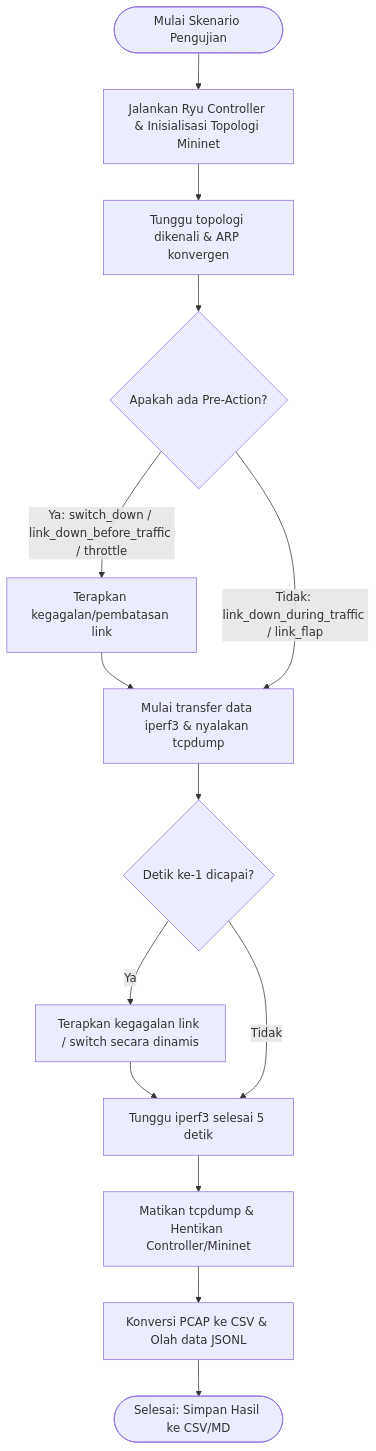
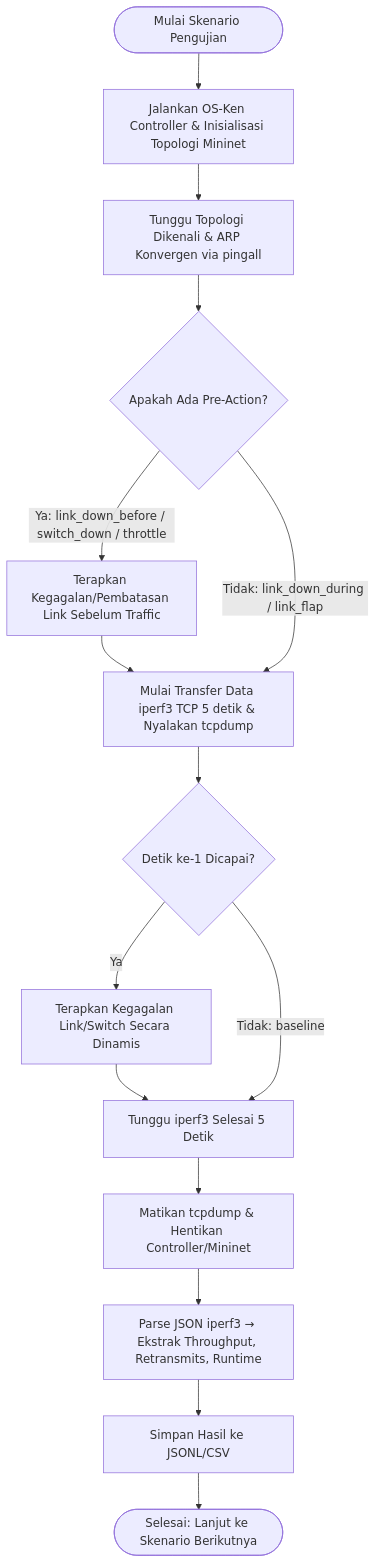
One commit to ValentinusMarvel/learn_sdn changed the third of 4 diagrams in SPF/laporan/04-perancangan-sistem.md. Above: the diagram before and after it, drawn with Mermaid. The commit also changed other lines of this file and 6 other files, not shown here.

Commit message:
docs(laporan): complete final reports with comprehensive data analysis and OS-Ken terminology consistency

````diff
--- a/SPF/laporan/04-perancangan-sistem.md
+++ b/SPF/laporan/04-perancangan-sistem.md
@@ -76,14 +97,17 @@
 ```mermaid
 flowchart TD
-    Start([Mulai Skenario Pengujian]) --> Init[Jalankan Ryu Controller & Inisialisasi Topologi Mininet]
-    Init --> Discovery[Tunggu topologi dikenali & ARP konvergen]
-    Discovery --> Pre{Apakah ada Pre-Action?}
-    Pre -->|Ya: switch_down / link_down_before_traffic / throttle| Act1[Terapkan kegagalan/pembatasan link] --> Traffic
-    Pre -->|Tidak: link_down_during_traffic / link_flap| Traffic[Mulai transfer data iperf3 & nyalakan tcpdump]
-    Traffic --> Time{Detik ke-1 dicapai?}
-    Time -->|Ya| Act2[Terapkan kegagalan link / switch secara dinamis] --> Wait[Tunggu iperf3 selesai 5 detik]
-    Time -->|Tidak| Wait
+    Start([Mulai Skenario Pengujian]) --> Init[Jalankan OS-Ken Controller & Inisialisasi Topologi Mininet]
+    Init --> Discovery[Tunggu Topologi Dikenali & ARP Konvergen via pingall]
+    Discovery --> Pre{Apakah Ada Pre-Action?}
+    Pre -->|Ya: link_down_before / switch_down / throttle| Act1[Terapkan Kegagalan/Pembatasan Link Sebelum Traffic]
+    Act1 --> Traffic
+    Pre -->|Tidak: link_down_during / link_flap| Traffic[Mulai Transfer Data iperf3 TCP 5 detik & Nyalakan tcpdump]
+    Traffic --> Time{Detik ke-1 Dicapai?}
+    Time -->|Ya| Act2[Terapkan Kegagalan Link/Switch Secara Dinamis]
+    Act2 --> Wait
+    Time -->|Tidak: baseline| Wait[Tunggu iperf3 Selesai 5 Detik]
     Wait --> Stop[Matikan tcpdump & Hentikan Controller/Mininet]
-    Stop --> Parse[Konversi PCAP ke CSV & Olah data JSONL]
-    Parse --> End([Selesai: Simpan Hasil ke CSV/MD])
+    Stop --> Parse[Parse JSON iperf3 → Ekstrak Throughput, Retransmits, Runtime]
+    Parse --> Save[Simpan Hasil ke JSONL/CSV]
+    Save --> End([Selesai: Lanjut ke Skenario Berikutnya])
 ```
````
